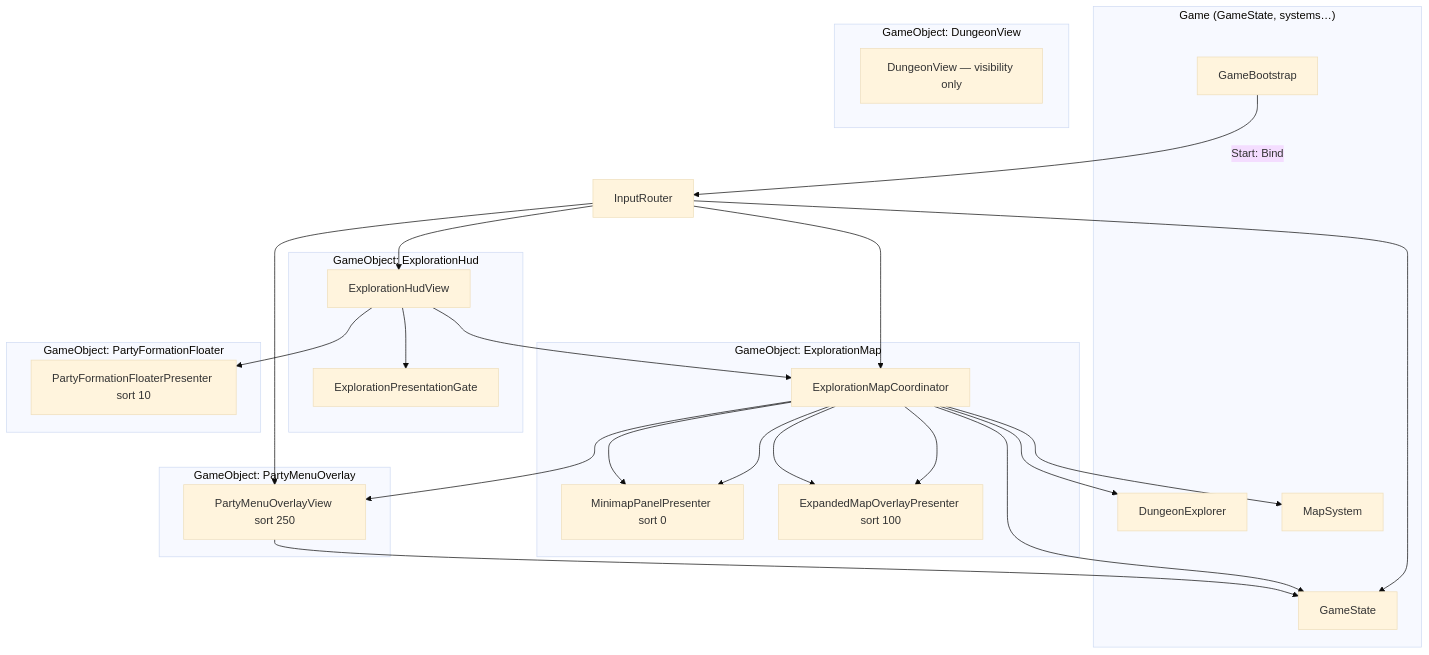
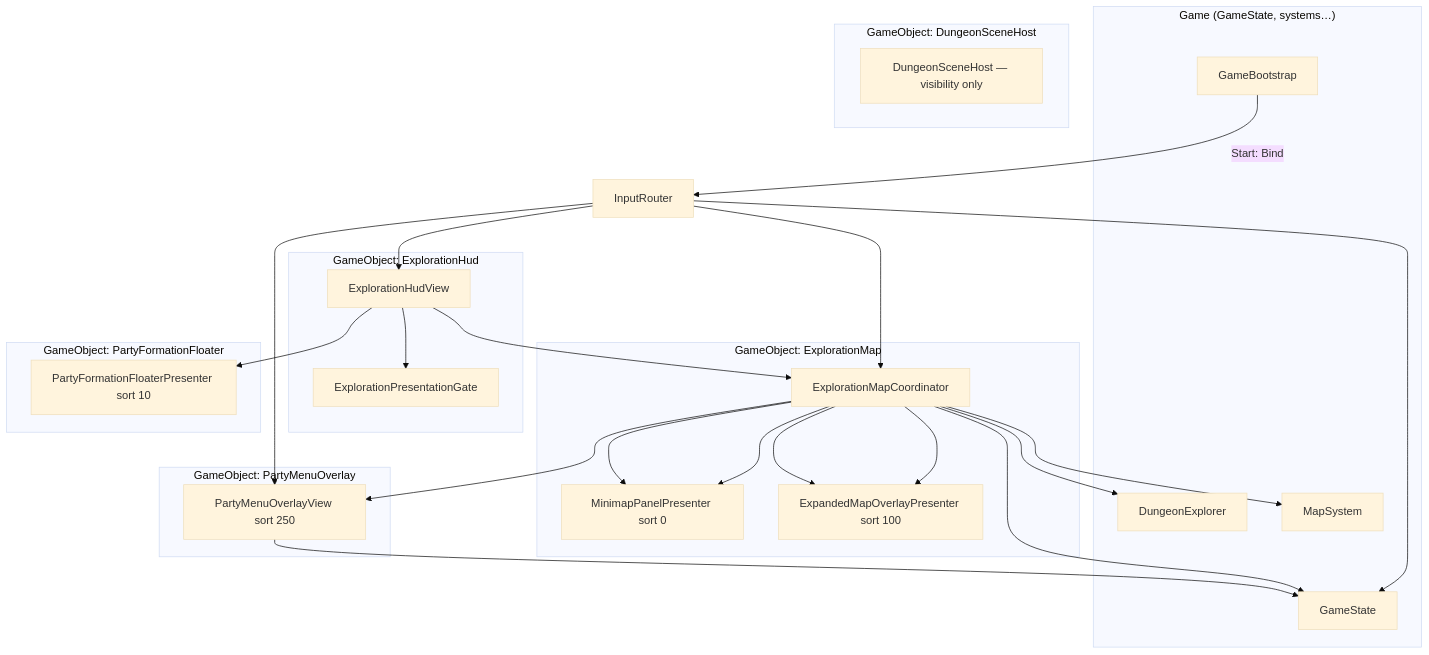
Before and after one commit to miramocha/griddungeon-design-docs: the first of 5 diagrams in docs/02-systems/exploration-ui.md, drawn with Mermaid (base theme). The commit also changed other lines of this file and 15 other files, not shown here.

First line of the commit message:
Document RailMenuFocus and DungeonSceneHost (#413).

````diff
--- a/docs/02-systems/exploration-ui.md
+++ b/docs/02-systems/exploration-ui.md
@@ -51,52 +51,52 @@
 ```mermaid
 flowchart TB
     subgraph GameRoot["Game (GameState, systems…)"]
         GS[GameState]
         EX[DungeonExplorer]
         MS[MapSystem]
         GB[GameBootstrap]
     end
 
     subgraph ExplorationHudGO["GameObject: ExplorationHud"]
         EHV[ExplorationHudView]
         EPG[ExplorationPresentationGate]
     end
 
     subgraph ExplorationMapGO["GameObject: ExplorationMap"]
         EMC[ExplorationMapCoordinator]
         MM[MinimapPanelPresenter sort 0]
         EXP[ExpandedMapOverlayPresenter sort 100]
         EMC --> MM
         EMC --> EXP
     end
 
     subgraph PartyFloaterGO["GameObject: PartyFormationFloater"]
         PFF[PartyFormationFloaterPresenter sort 10]
     end
 
     subgraph PartyMenuGO["GameObject: PartyMenuOverlay"]
         PMO[PartyMenuOverlayView sort 250]
     end
 
-    subgraph World["GameObject: DungeonView"]
-        DV[DungeonView — visibility only]
+    subgraph World["GameObject: DungeonSceneHost"]
+        DV[DungeonSceneHost — visibility only]
     end
 
     IR[InputRouter]
 
     GB -->|Start: Bind| IR
     IR --> GS
     EHV --> EMC
     EHV --> PFF
     EHV --> EPG
     EMC --> GS
     EMC --> EX
     EMC --> MS
     EMC --> MM
     EMC --> EXP
     EMC --> PMO
     PMO --> GS
     IR --> EHV
     IR --> EMC
     IR --> PMO
 ```
````
